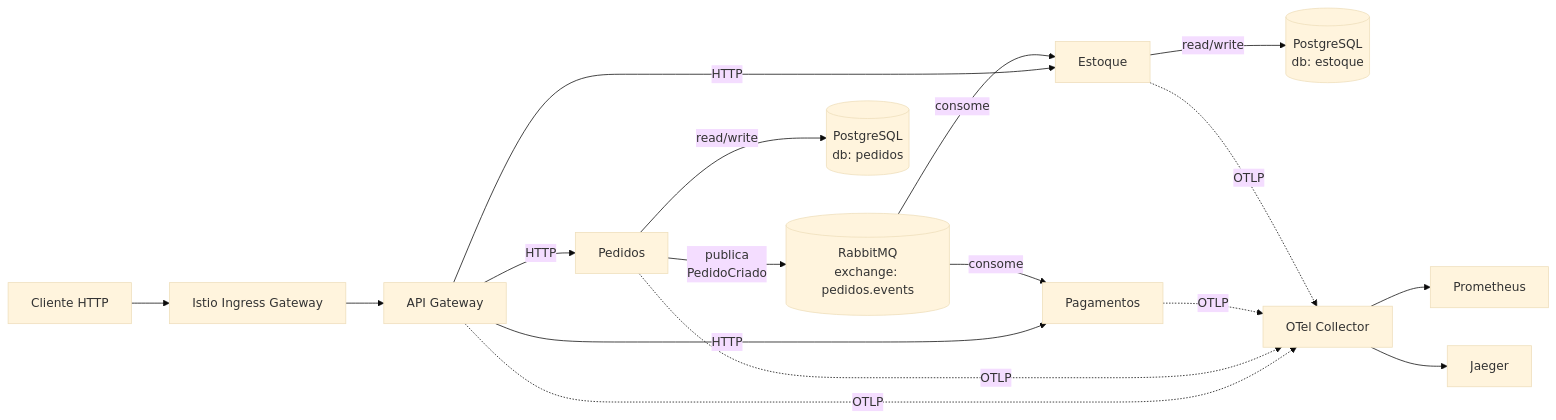
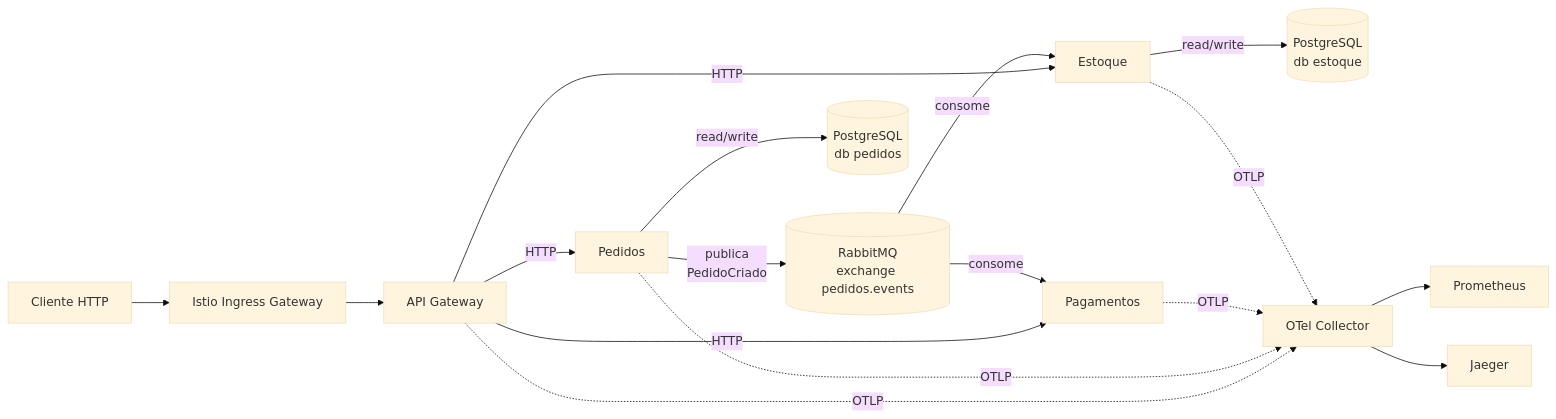
One commit to lettertolilith/DevOps-Loja-Veloz changed the first of 3 diagrams in docs/ARCHITECTURE.md. Above: the diagram before and after it, drawn with Mermaid (base theme). The commit also changed other lines of this file, not shown here.

````diff
--- a/docs/ARCHITECTURE.md
+++ b/docs/ARCHITECTURE.md
@@ -7,22 +7,22 @@
 ```mermaid
 flowchart LR
     Client[Cliente HTTP] --> Ingress[Istio Ingress Gateway]
     Ingress --> Gateway[API Gateway]
     Gateway -->|HTTP| Pedidos[Pedidos]
     Gateway -->|HTTP| Pagamentos[Pagamentos]
     Gateway -->|HTTP| Estoque[Estoque]
 
-    Pedidos -->|publica<br/>PedidoCriado| RMQ[(RabbitMQ<br/>exchange: pedidos.events)]
+    Pedidos -->|publica<br/>PedidoCriado| RMQ[("RabbitMQ<br/>exchange pedidos.events")]
     RMQ -->|consome| Pagamentos
     RMQ -->|consome| Estoque
 
-    Pedidos -->|read/write| DB1[(PostgreSQL<br/>db: pedidos)]
-    Estoque -->|read/write| DB2[(PostgreSQL<br/>db: estoque)]
+    Pedidos -->|read/write| DB1[("PostgreSQL<br/>db pedidos")]
+    Estoque -->|read/write| DB2[("PostgreSQL<br/>db estoque")]
 
     Gateway -.OTLP.-> OTel[OTel Collector]
     Pedidos -.OTLP.-> OTel
     Pagamentos -.OTLP.-> OTel
     Estoque -.OTLP.-> OTel
     OTel --> Prom[Prometheus]
     OTel --> Jaeger[Jaeger]
 ```
````
